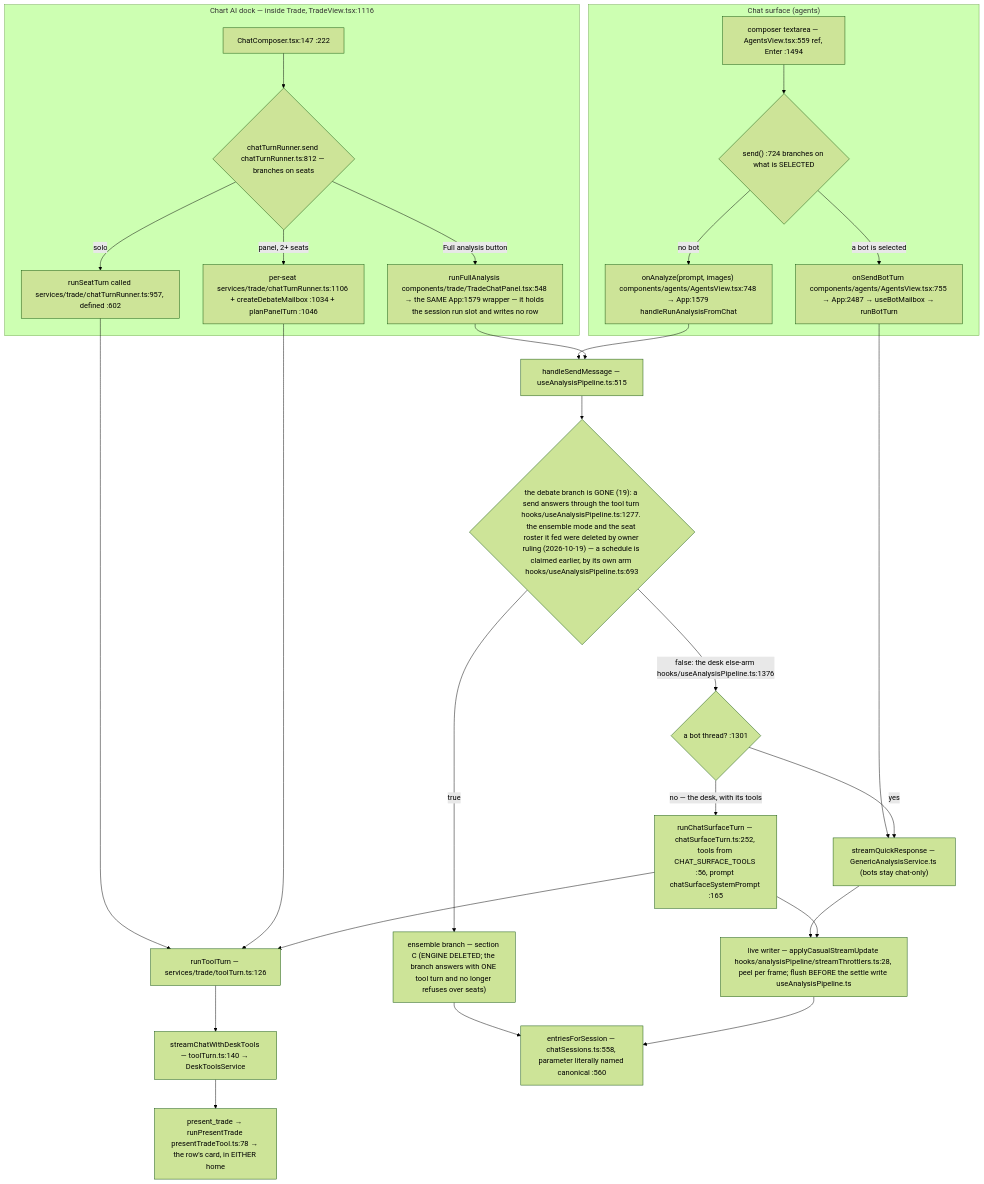
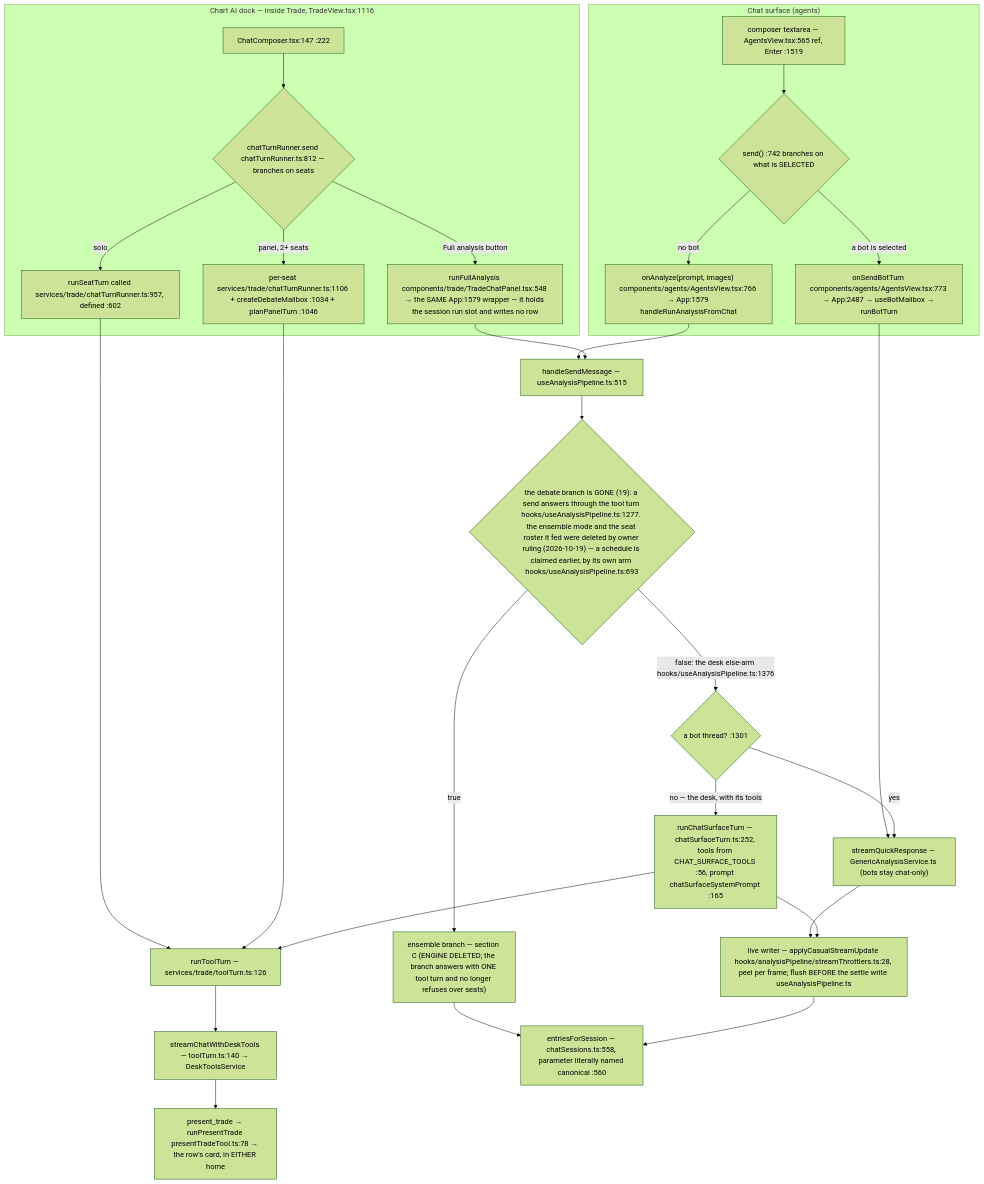
One commit to Acepay25/august-3.5 changed the second of 7 diagrams in docs/app-flow.md. Above: the diagram before and after it, drawn with Mermaid (forest theme). The commit also changed other lines of this file and 10 other files, not shown here.

First line of the commit message:
feat(agents): E-52 Phase 6 - the launch list says what each agent is for

````diff
--- a/docs/app-flow.md
+++ b/docs/app-flow.md
@@ -61,31 +61,31 @@
 ```mermaid
 flowchart TD
     subgraph CHAT["Chat surface (agents)"]
-        CB["composer textarea — AgentsView.tsx:559 ref, Enter :1494"] --> D1{"send() :724 branches on what is SELECTED"}
-        D1 -->|a bot is selected| BOT["onSendBotTurn components/agents/AgentsView.tsx:755 → App:2487 → useBotMailbox → runBotTurn"]
-        D1 -->|no bot| AN["onAnalyze(prompt, images) components/agents/AgentsView.tsx:748 → App:1579 handleRunAnalysisFromChat"]
+        CB["composer textarea — AgentsView.tsx:565 ref, Enter :1519"] --> D1{"send() :742 branches on what is SELECTED"}
+        D1 -->|a bot is selected| BOT["onSendBotTurn components/agents/AgentsView.tsx:773 → App:2487 → useBotMailbox → runBotTurn"]
+        D1 -->|no bot| AN["onAnalyze(prompt, images) components/agents/AgentsView.tsx:766 → App:1579 handleRunAnalysisFromChat"]
     end
     subgraph DOCK["Chart AI dock — inside Trade, TradeView.tsx:1116"]
         DC["ChatComposer.tsx:147 :222"] --> D2{"chatTurnRunner.send chatTurnRunner.ts:812 — branches on seats"}
         D2 -->|solo| SO["runSeatTurn called services/trade/chatTurnRunner.ts:957, defined :602"]
         D2 -->|panel, 2+ seats| PN["per-seat services/trade/chatTurnRunner.ts:1106 + createDebateMailbox :1034 + planPanelTurn :1046"]
         D2 -->|Full analysis button| FA["runFullAnalysis components/trade/TradeChatPanel.tsx:548 → the SAME App:1579 wrapper — it holds the session run slot and writes no row"]
     end
     SO --> TT["runToolTurn — services/trade/toolTurn.ts:126"]
     PN --> TT
     TT --> SCDT["streamChatWithDeskTools — toolTurn.ts:140 → DeskToolsService"]
     BOT --> TR["streamQuickResponse — GenericAnalysisService.ts (bots stay chat-only)"]
     AN --> HSM["handleSendMessage — useAnalysisPipeline.ts:515"]
     FA --> HSM
     HSM --> D3{"the debate branch is GONE (19): a send answers through the tool turn hooks/useAnalysisPipeline.ts:1277. the ensemble mode and the seat roster it fed were deleted by owner ruling (2026-10-19) — a schedule is claimed earlier, by its own arm hooks/useAnalysisPipeline.ts:693"}
     D3 -->|true| ENS["ensemble branch — section C (ENGINE DELETED; the branch answers with ONE tool turn and no longer refuses over seats)"]
     D3 -->|false: the desk else-arm hooks/useAnalysisPipeline.ts:1376| SPLIT{"a bot thread? :1301"}
     SPLIT -->|yes| TR
     SPLIT -->|no — the desk, with its tools| CST["runChatSurfaceTurn — chatSurfaceTurn.ts:252, tools from CHAT_SURFACE_TOOLS :56, prompt chatSurfaceSystemPrompt :165"]
     CST --> TT
     TR --> LW["live writer — applyCasualStreamUpdate hooks/analysisPipeline/streamThrottlers.ts:28, peel per frame; flush BEFORE the settle write useAnalysisPipeline.ts"]
     CST --> LW
     ENS --> MERGE
     LW --> MERGE["entriesForSession — chatSessions.ts:558, parameter literally named canonical :560"]
     SCDT --> PT["present_trade → runPresentTrade presentTradeTool.ts:78 → the row's card, in EITHER home"]
 ```
````
